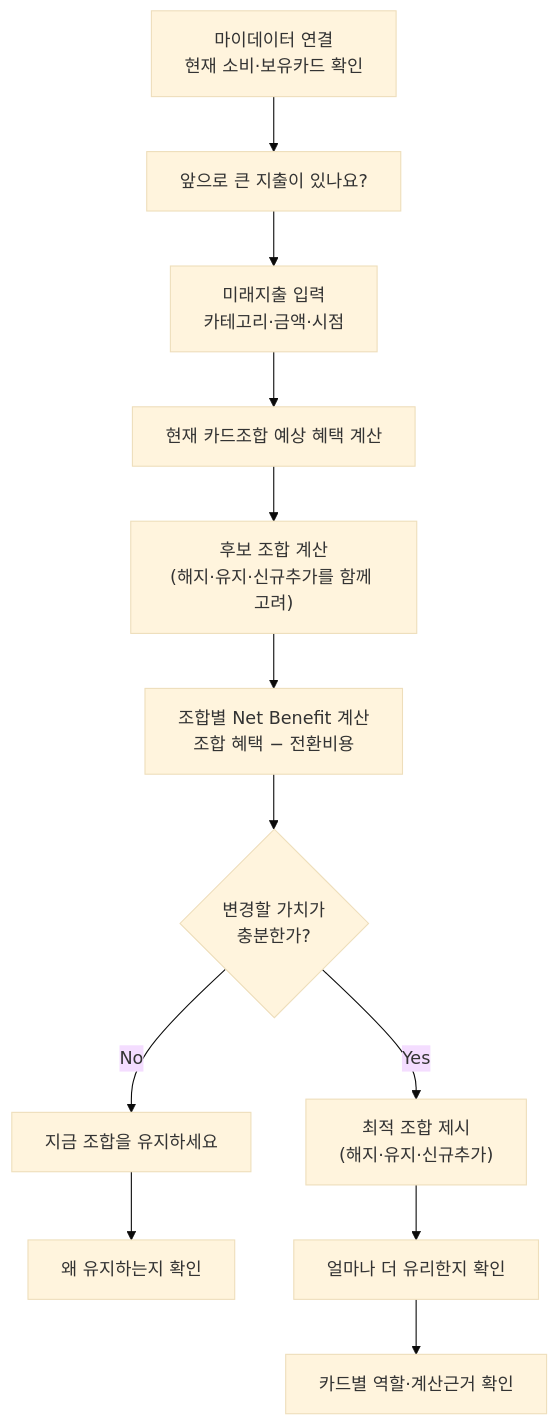
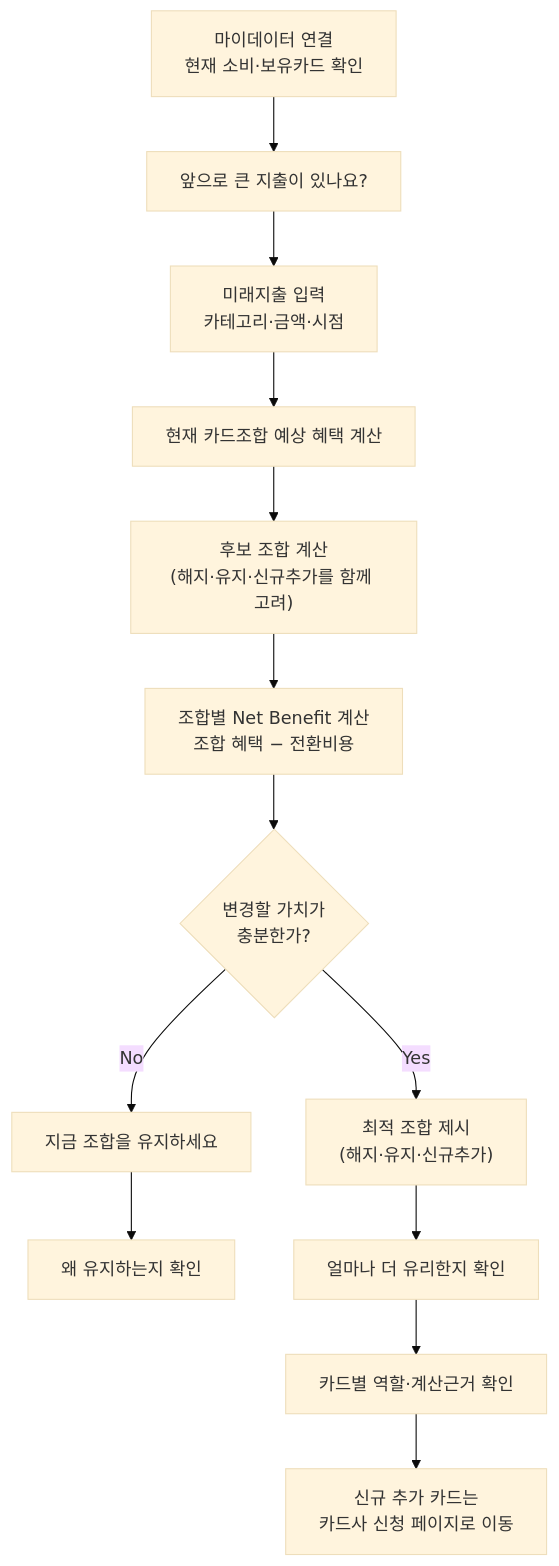
The fifth of 5 diagrams in 윤정/확정본/11_Benchmark_Transfer.md (jennie-brain/team-project_2nd), drawn with Mermaid (base theme) before and after one commit. The commit also changed other lines of this file and 1 other file, not shown here.

First line of the commit message:
카드 신청은 카드사 페이지로 연결하도록 서비스 범위 반영

````diff
--- a/윤정/확정본/11_Benchmark_Transfer.md
+++ b/윤정/확정본/11_Benchmark_Transfer.md
@@ -165,14 +165,15 @@
 ```mermaid
 flowchart TD
     A["마이데이터 연결<br/>현재 소비·보유카드 확인"] --> B["앞으로 큰 지출이 있나요?"]
     B --> C["미래지출 입력<br/>카테고리·금액·시점"]
     C --> D["현재 카드조합 예상 혜택 계산"]
     D --> E["후보 조합 계산<br/>(해지·유지·신규추가를 함께 고려)"]
     E --> F["조합별 Net Benefit 계산<br/>조합 혜택 − 전환비용"]
     F --> G{"변경할 가치가<br/>충분한가?"}
     G -- No --> H["지금 조합을 유지하세요"]
     G -- Yes --> I["최적 조합 제시<br/>(해지·유지·신규추가)"]
     H --> J["왜 유지하는지 확인"]
     I --> K["얼마나 더 유리한지 확인"]
     K --> L["카드별 역할·계산근거 확인"]
+    L --> M["신규 추가 카드는<br/>카드사 신청 페이지로 이동"]
 ```
````
